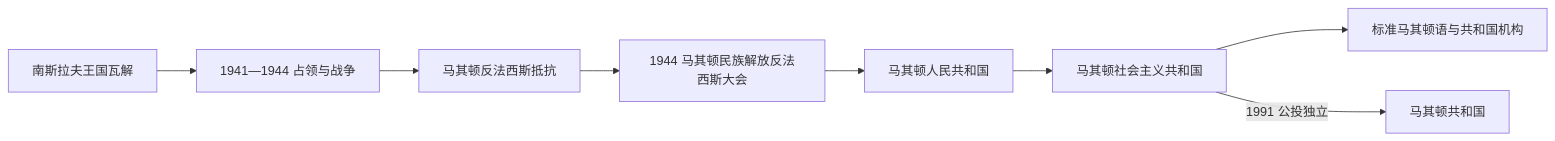
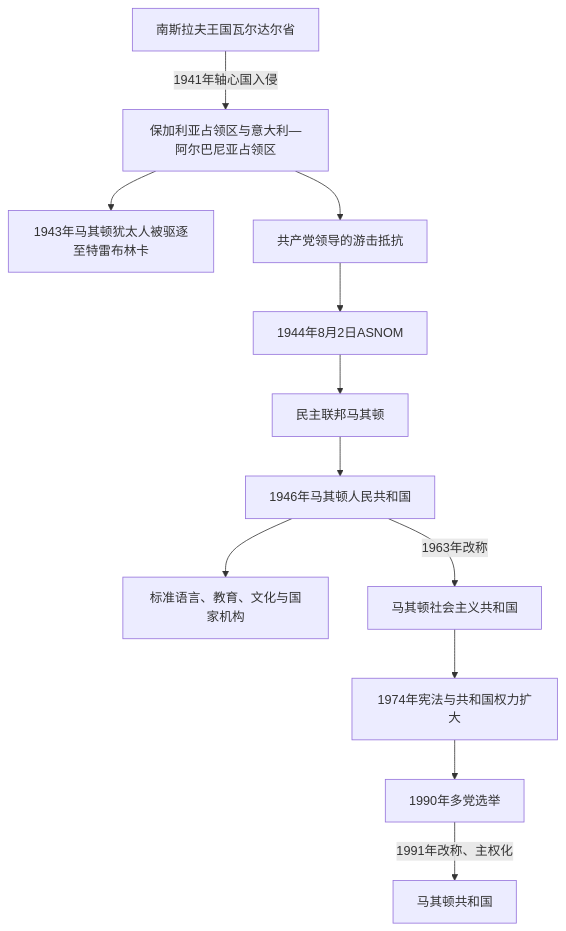
The diagram in 人文科学/历史/欧洲/东南欧与巴尔干/北马其顿/战争时期与马其顿共和国.md (tianlan-dev/learning-notes), drawn with Mermaid before and after one commit. The commit also changed other lines of this file and 1417 other files, not shown here.

````diff
--- a/人文科学/历史/欧洲/东南欧与巴尔干/北马其顿/战争时期与马其顿共和国.md
+++ b/人文科学/历史/欧洲/东南欧与巴尔干/北马其顿/战争时期与马其顿共和国.md
@@ -17,10 +15,14 @@
 ```mermaid
-flowchart LR
-  YugKingdom["南斯拉夫王国瓦解"] --> Occupation["1941—1944 占领与战争"]
-  Occupation --> Resistance["马其顿反法西斯抵抗"]
-  Resistance --> ASNOM["1944 马其顿民族解放反法西斯大会"]
-  ASNOM --> PeoplesRepublic["马其顿人民共和国"]
-  PeoplesRepublic --> SocialistRepublic["马其顿社会主义共和国"]
-  SocialistRepublic --> Language["标准马其顿语与共和国机构"]
-  SocialistRepublic -->|"1991 公投独立"| Independence["马其顿共和国"]
+flowchart TD
+    Kingdom["南斯拉夫王国瓦尔达尔省"] -->|1941年轴心国入侵| Occupation["保加利亚占领区与意大利—阿尔巴尼亚占领区"]
+    Occupation --> Holocaust["1943年马其顿犹太人被驱逐至特雷布林卡"]
+    Occupation --> Resistance["共产党领导的游击抵抗"]
+    Resistance --> ASNOM["1944年8月2日ASNOM"]
+    ASNOM --> DFM["民主联邦马其顿"]
+    DFM --> PRM["1946年马其顿人民共和国"]
+    PRM --> Standardization["标准语言、教育、文化与国家机构"]
+    PRM -->|1963年改称| SRM["马其顿社会主义共和国"]
+    SRM --> Decentralization["1974年宪法与共和国权力扩大"]
+    Decentralization --> Pluralism["1990年多党选举"]
+    Pluralism -->|1991年改称、主权化| Republic["马其顿共和国"]
 ```
````
